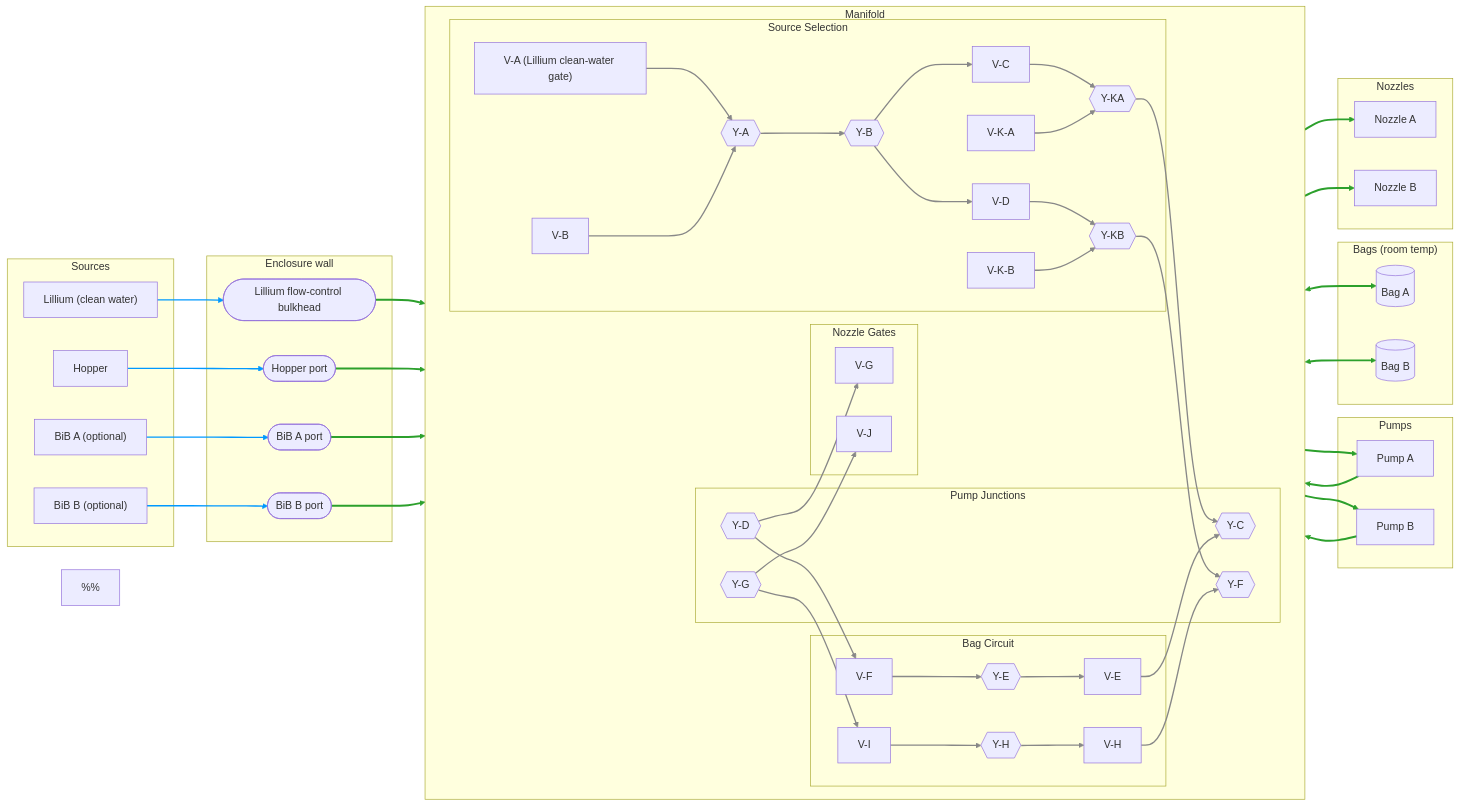
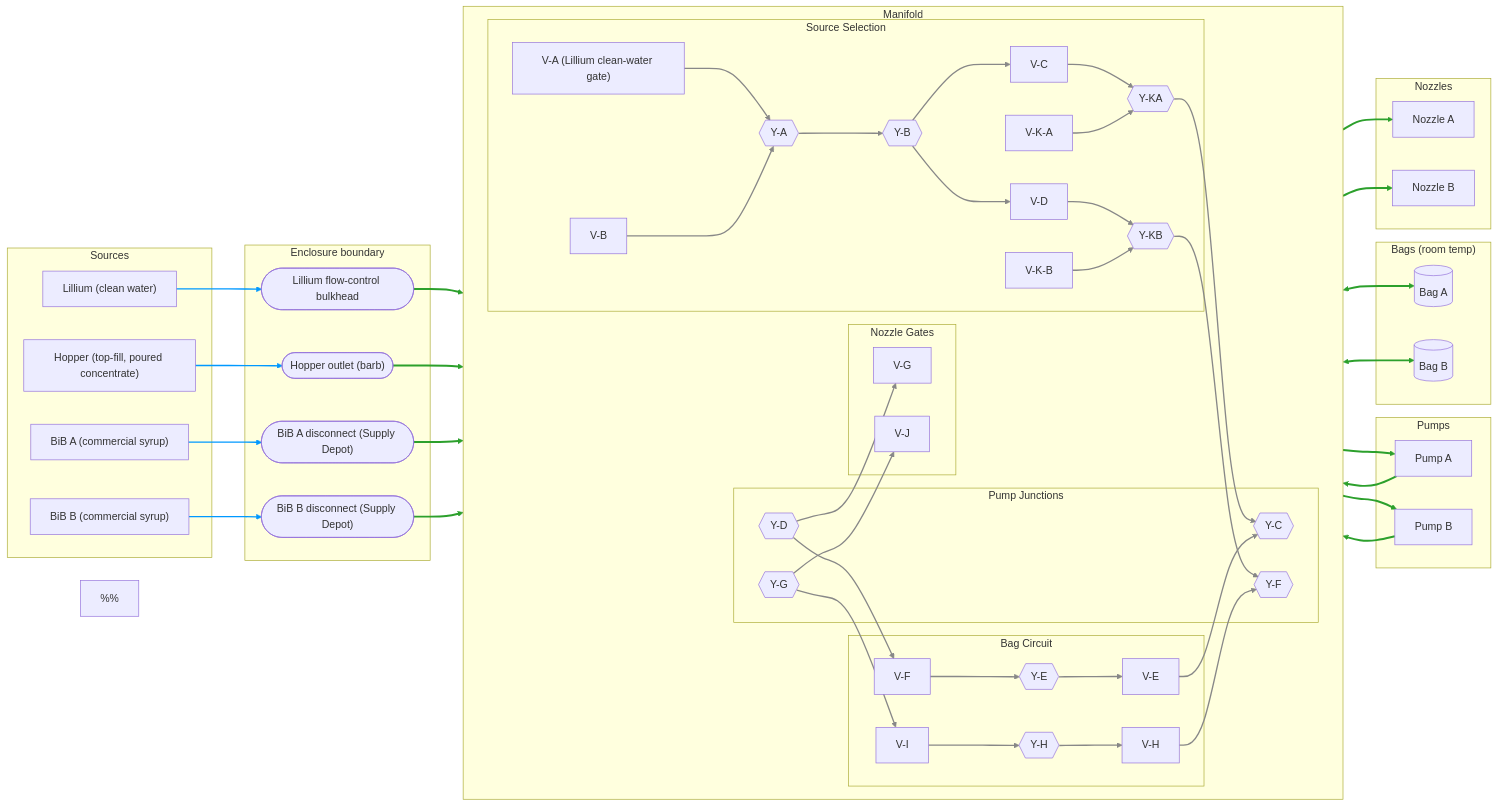
One commit to derekbreden/homesodamachine changed the diagram in pie-in-the-sky/lite/fluid-topology-manifold.mmd. Above: the diagram before and after it, drawn with Mermaid.

Commit message:
lite/topology: Hopper is a top-fill pour, BiB is a commercial-syrup disconnect — not bulkheads
The .mmd labeled the Hopper and BiB ports as PC->barb bulkheads. Per the
kitchen edition, neither is: the Hopper is a top-fill pour opening (printed
enclosure part) that routes poured concentrate through the manifold to the
bags, and BiB is the commercial bag-in-box syrup input on a Supply Depot
disconnect. Relabel both; one BiB disconnect per channel (two distinct
syrups) stepped 3/8->1/4 to clear PVC; drop the bulkhead line; fix the
blue-edge color note and candidate-parts list; resolve the keep-BiB question.

```diff
--- a/pie-in-the-sky/lite/fluid-topology-manifold.mmd
+++ b/pie-in-the-sky/lite/fluid-topology-manifold.mmd
@@ -1,167 +1,172 @@
 flowchart LR
 
   %% =====================================================================
   %% Lite Edition — Flavor Manifold
   %% Pie-in-the-sky, not roadmap.
   %%
   %% Fork of the integrated manifold (/hardware/topology/fluid-topology-manifold.mmd
   %% and /hardware/topology/fluid-topology.md). Same valve set; the Lite differs in:
   %%   - No chill: the bag is a room-temperature reservoir, not a chilled buffer.
   %%   - V-A is fed from the customer's Lillium water outlet through a wall-mounted
   %%     adjustable flow-control valve (neoFit ABCVU44-E) throttled down so the
   %%     manifold runs at its low (<10 PSI) working pressure -- the kitchen's
   %%     flow-regulator role.
-  %%   - BiB (optional) dispenses DIRECT: BiB -> pump -> nozzle, no bag pre-load.
-  %%     Same edges as the integrated build; it is an operations change (open the
-  %%     nozzle gate, not the bag-fill gate). The internal bag is the hopper
-  %%     reservoir only.
+  %%   - Hopper is a TOP-FILL POUR opening (printed enclosure part), not a tube port:
+  %%     concentrate is poured in and routed through the manifold to fill the bags.
+  %%   - BiB is the COMMERCIAL-SYRUP input -- a bag-in-box disconnect, one per channel
+  %%     (two distinct syrups). It dispenses DIRECT: BiB -> pump -> nozzle, no bag
+  %%     pre-load (an operations change: open the nozzle gate, not the bag-fill gate).
+  %%     Same edges as the integrated build.
   %%
   %% Edge color = tube material:
   %%   green = clear NSF-51 PVC — the runs the user reads through the transparent
   %%           enclosure (nozzle lines, bag runs, pump loops) AND the long clear
   %%           tube from each enclosure-wall port to its manifold valve
   %%   grey  = JG push-to-connect on LLDPE — hidden manifold routing
-  %%   blue  = customer push-connect — the external stub from each source only up
-  %%           to its enclosure-wall port; that port is a PC->barb transition,
-  %%           where the run becomes green (clear) on the way to the manifold
+  %%   blue  = external source side at the enclosure boundary, up to its port. The
+  %%           mechanism varies: Lillium is the customer's push-connect water line
+  %%           into the flow-control bulkhead; each BiB is a commercial syrup bag on a
+  %%           Supply Depot disconnect; the Hopper is a manual top-fill pour. Past the
+  %%           boundary the run becomes green (clear PVC) on the way to the manifold
   %% Clear runs join the PTC manifold with a neoFit stem-barb (ATBC44-E, 1/4" stem
   %% x 1/4" barb): the stem pushes into each valve / Y port -- and into the Lillium
   %% flow-control bulkhead's inner port -- and the soft PVC rides the barb.
   %%
   %% Candidate parts: PVCA-0406 clear PVC (1/4" ID x 3/8" OD, NSF-51) on the green runs;
   %% black 1/4" OD LLDPE (neoFlo LLDPE4-BLACK) on the grey internal hops; neoFit ATBC44-E
   %% stem-barb (1/4" stem x 1/4" barb) at each takeoff; JG PP2308E two-way dividers (Y);
   %% Beduan 1/4" PTC valves; neoFit ABCVU44-E flow-control bulkhead on the Lillium feed.
-  %% Hopper / BiB wall ports are PC->barb bulkheads.
-  %% Open: keep BiB or drop V-K-A/B; pump loops are clear only if the pump is visible.
+  %% Hopper is a printed top-fill opening; each BiB is a Supply Depot commercial-syrup
+  %% disconnect stepped 3/8->1/4 to clear PVC (one per channel).
+  %% Open: pump loops are clear only if the pump is visible.
   %% =====================================================================
 
   subgraph Sources["Sources"]
     Lillium["Lillium (clean water)"]
-    Hopper["Hopper"]
-    BiBA["BiB A (optional)"]
-    BiBB["BiB B (optional)"]
+    Hopper["Hopper (top-fill, poured concentrate)"]
+    BiBA["BiB A (commercial syrup)"]
+    BiBB["BiB B (commercial syrup)"]
   end
 
-  subgraph EnclosureWall["Enclosure wall"]
+  subgraph EnclosureWall["Enclosure boundary"]
     PortLillium(["Lillium flow-control bulkhead"])
-    PortHopper(["Hopper port"])
-    PortBiBA(["BiB A port"])
-    PortBiBB(["BiB B port"])
+    PortHopper(["Hopper outlet (barb)"])
+    PortBiBA(["BiB A disconnect (Supply Depot)"])
+    PortBiBB(["BiB B disconnect (Supply Depot)"])
   end
 
   subgraph Pumps["Pumps"]
     PA["Pump A"]
     PB["Pump B"]
   end
 
   subgraph Bags["Bags (room temp)"]
     BagA[("Bag A")]
     BagB[("Bag B")]
   end
 
   subgraph Nozzles["Nozzles"]
     NozzleA["Nozzle A"]
     NozzleB["Nozzle B"]
   end
 
   subgraph Manifold["Manifold"]
     direction LR
 
     subgraph SourceSelection["Source Selection"]
       VA["V-A (Lillium clean-water gate)"]
       VB["V-B"]
       YA{{"Y-A"}}
       YB{{"Y-B"}}
       VC["V-C"]
       VD["V-D"]
       VKA["V-K-A"]
       VKB["V-K-B"]
       YKA{{"Y-KA"}}
       YKB{{"Y-KB"}}
     end
 
     subgraph MfPumps["Pump Junctions"]
       YC{{"Y-C"}}
       YD{{"Y-D"}}
       YF{{"Y-F"}}
       YG{{"Y-G"}}
     end
 
     subgraph MfNozzles["Nozzle Gates"]
       VG["V-G"]
       VJ["V-J"]
     end
 
     subgraph MfBags["Bag Circuit"]
       VE["V-E"]
       YE{{"Y-E"}}
       VF["V-F"]
       VH["V-H"]
       YH{{"Y-H"}}
       VI["V-I"]
     end
 
     %% manifold-internal edges (PTC, grey) — indices 0-16
     VA --> YA
     VB --> YA
     YA --> YB
     YB --> VC
     YB --> VD
     VC --> YKA
     VKA --> YKA
     VD --> YKB
     VKB --> YKB
     YKA --> YC
     YKB --> YF
     YD --> VG
     YD --> VF
     YG --> VJ
     YG --> VI
     VE --> YC
     VH --> YF
 
     %% bag-circuit legs: each valve to its bag Y-junction, hidden PTC routing
     %% (grey) — indices 17-20. (Only the Y-junction-to-bag run is clear.)
     VF --> YE
     YE --> VE
     VI --> YH
     YH --> VH
   end
 
-  %% Each source's external push-connect stub runs only up to its enclosure-wall
-  %% port (blue) — indices 21,23,25,27. At the port (a PC->barb bulkhead fitting)
-  %% the run becomes a long clear tube on to its manifold valve (green) —
-  %% indices 22,24,26,28.
+  %% Each source meets the enclosure boundary at its port (blue) — indices
+  %% 21,23,25,27 — by its own mechanism (Lillium push-connect line, BiB commercial-bag
+  %% disconnect, Hopper top-fill pour). Past the boundary the run becomes a clear PVC
+  %% tube on to its manifold valve (green) — indices 22,24,26,28.
   Lillium --> PortLillium
   PortLillium --> VA
   Hopper --> PortHopper
   PortHopper --> VB
   BiBA --> PortBiBA
   PortBiBA --> VKA
   BiBB --> PortBiBB
   PortBiBB --> VKB
 
   %% pump loops (clear PVC, optional) — indices 29-32
   YC --> PA
   PA --> YD
   YF --> PB
   PB --> YG
 
   %% bag runs (clear PVC) — indices 33-34
   YE <--> BagA
   YH <--> BagB
 
   %% nozzle lines (clear PVC) — indices 35-36
   VG --> NozzleA
   VJ --> NozzleB
 
   %% =========================
   %% Edge styling (tube material)
   %% =========================
   %% PTC on LLDPE — hidden manifold routing
   linkStyle 0,1,2,3,4,5,6,7,8,9,10,11,12,13,14,15,16,17,18,19,20 stroke:#888,stroke-width:2px
   %% Clear NSF-51 PVC — visible runs + each wall-port-to-valve clear run
   linkStyle 22,24,26,28,29,30,31,32,33,34,35,36 stroke:#2ca02c,stroke-width:3px
   %% Customer push-connect — external stub from each source to its enclosure-wall port
   linkStyle 21,23,25,27 stroke:#09f,stroke-width:2px
```
